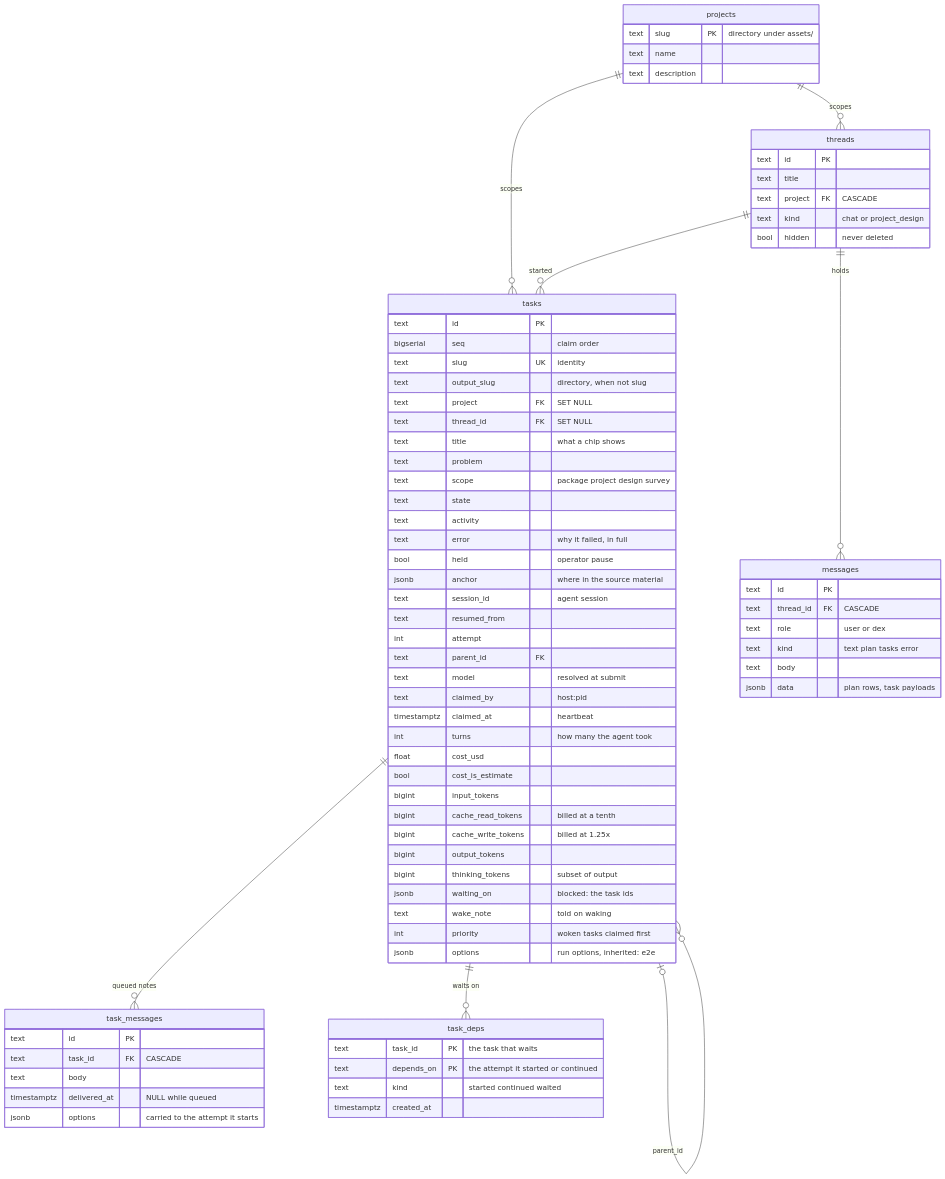
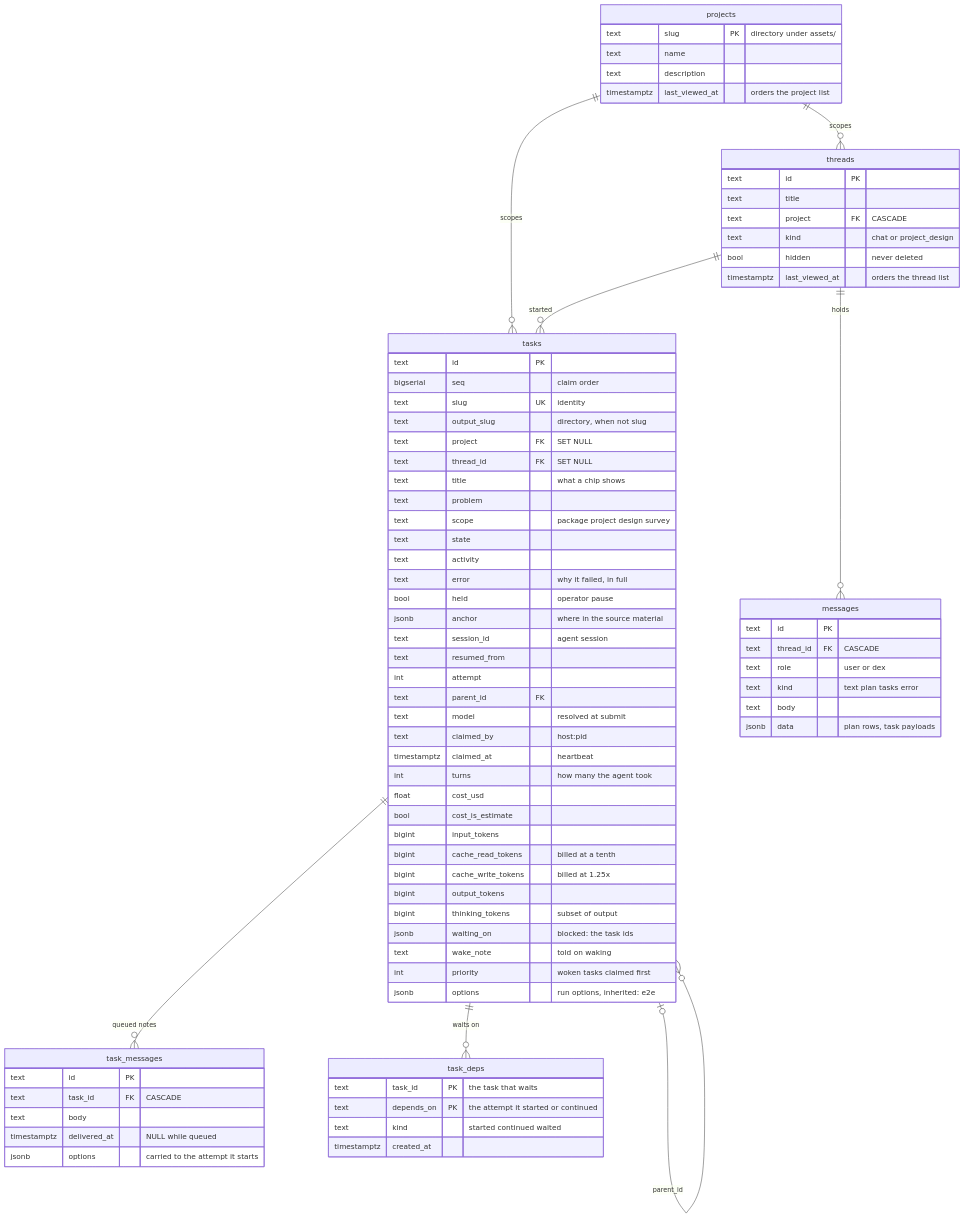
One commit to radubools/dex changed the second of 8 diagrams in design/10_data_model.md. Above: the diagram before and after it, drawn with Mermaid. The commit also changed 5 other files, not shown here.

First line of the commit message:
Last viewed is a column on projects and threads

````diff
--- a/design/10_data_model.md
+++ b/design/10_data_model.md
@@ -62,79 +62,81 @@
 ```mermaid
 erDiagram
     projects ||--o{ threads : scopes
     projects ||--o{ tasks : scopes
     threads ||--o{ messages : holds
     threads ||--o{ tasks : started
     tasks ||--o{ task_messages : "queued notes"
     tasks |o--o{ tasks : parent_id
     tasks ||--o{ task_deps : "waits on"
 
     projects {
         text slug PK "directory under assets/"
         text name
         text description
+        timestamptz last_viewed_at "orders the project list"
     }
     threads {
         text id PK
         text title
         text project FK "CASCADE"
         text kind "chat or project_design"
         bool hidden "never deleted"
+        timestamptz last_viewed_at "orders the thread list"
     }
     messages {
         text id PK
         text thread_id FK "CASCADE"
         text role "user or dex"
         text kind "text plan tasks error"
         text body
         jsonb data "plan rows, task payloads"
     }
     tasks {
         text id PK
         bigserial seq "claim order"
         text slug UK "identity"
         text output_slug "directory, when not slug"
         text project FK "SET NULL"
         text thread_id FK "SET NULL"
         text title "what a chip shows"
         text problem
         text scope "package project design survey"
         text state
         text activity
         text error "why it failed, in full"
         bool held "operator pause"
         jsonb anchor "where in the source material"
         text session_id "agent session"
         text resumed_from
         int attempt
         text parent_id FK
         text model "resolved at submit"
         text claimed_by "host:pid"
         timestamptz claimed_at "heartbeat"
         int turns "how many the agent took"
         float cost_usd
         bool cost_is_estimate
         bigint input_tokens
         bigint cache_read_tokens "billed at a tenth"
         bigint cache_write_tokens "billed at 1.25x"
         bigint output_tokens
         bigint thinking_tokens "subset of output"
         jsonb waiting_on "blocked: the task ids"
         text wake_note "told on waking"
         int priority "woken tasks claimed first"
         jsonb options "run options, inherited: e2e"
     }
     task_messages {
         text id PK
         text task_id FK "CASCADE"
         text body
         timestamptz delivered_at "NULL while queued"
         jsonb options "carried to the attempt it starts"
     }
     task_deps {
         text task_id PK "the task that waits"
         text depends_on PK "the attempt it started or continued"
         text kind "started continued waited"
         timestamptz created_at
     }
 ```
````
